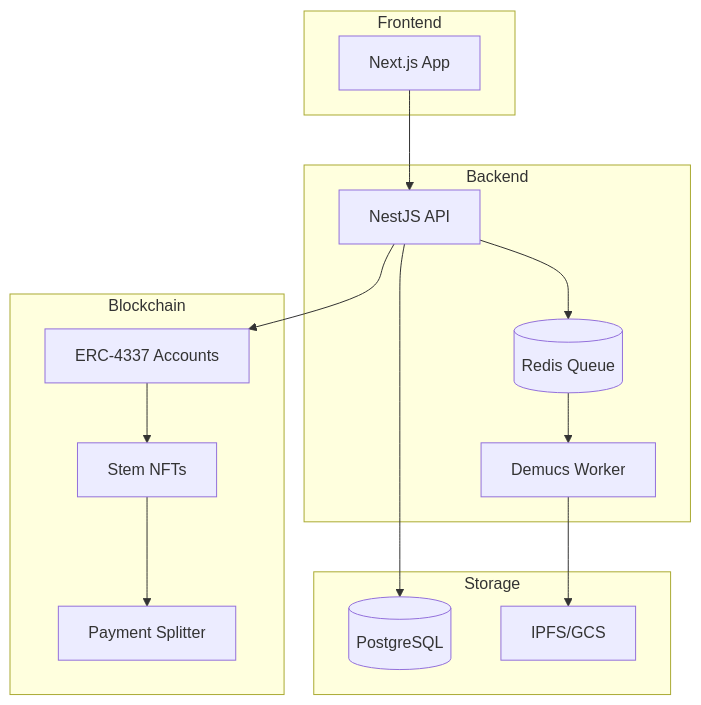
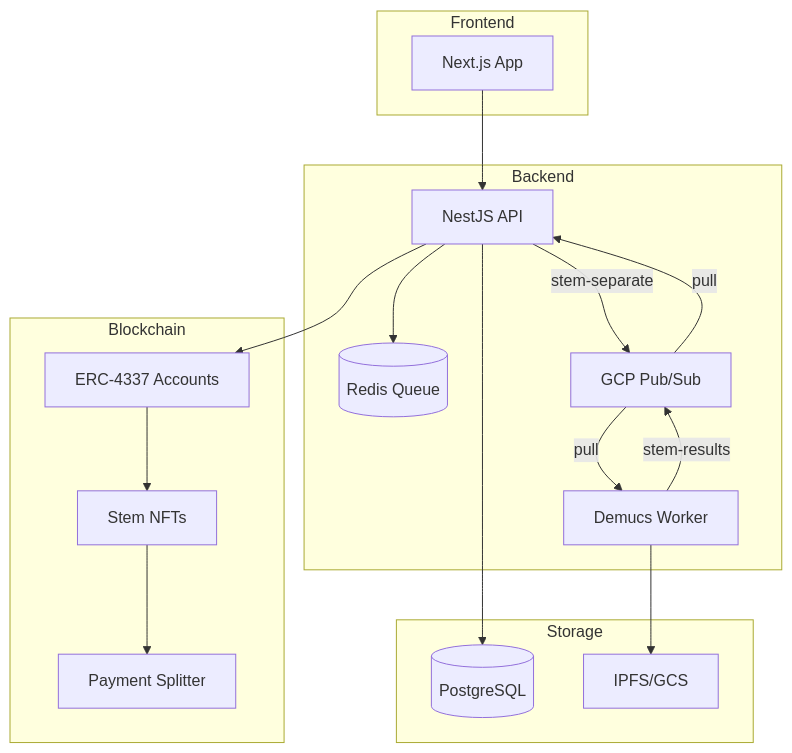
The diagram in README.md (akoita/resonate), drawn with Mermaid before and after one commit. The commit also changed other lines of this file and 44 other files, not shown here.

First line of the commit message:
feat(#357): Event-Driven Demucs Worker via GCP Pub/Sub

````diff
--- a/README.md
+++ b/README.md
@@ -38,32 +38,36 @@
 ```mermaid
 graph TB
     subgraph Frontend
         Web[Next.js App]
     end
 
     subgraph Backend
         API[NestJS API]
         Worker[Demucs Worker]
         Redis[(Redis Queue)]
+        PubSub[GCP Pub/Sub]
     end
 
     subgraph Blockchain
         AA[ERC-4337 Accounts]
         NFT[Stem NFTs]
         Split[Payment Splitter]
     end
 
     subgraph Storage
         DB[(PostgreSQL)]
         IPFS[IPFS/GCS]
     end
 
     Web --> API
     API --> DB
     API --> Redis
-    Redis --> Worker
+    API -->|stem-separate| PubSub
+    PubSub -->|pull| Worker
+    Worker -->|stem-results| PubSub
+    PubSub -->|pull| API
     API --> AA
     Worker --> IPFS
     AA --> NFT
     NFT --> Split
 ```
````
